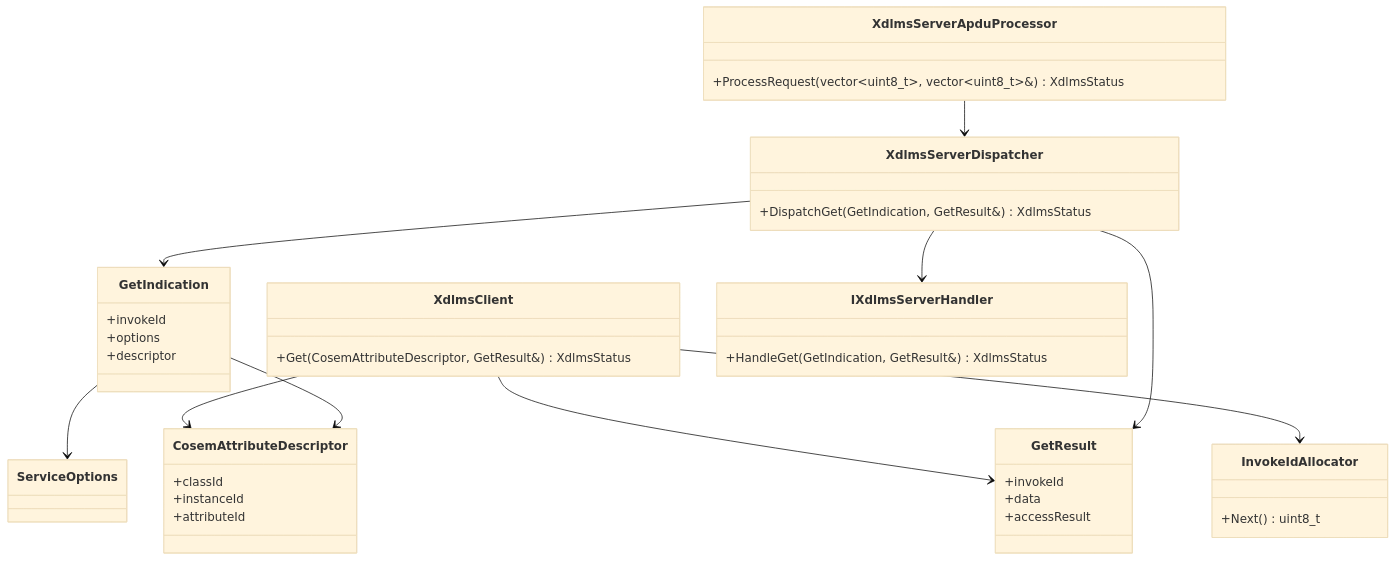
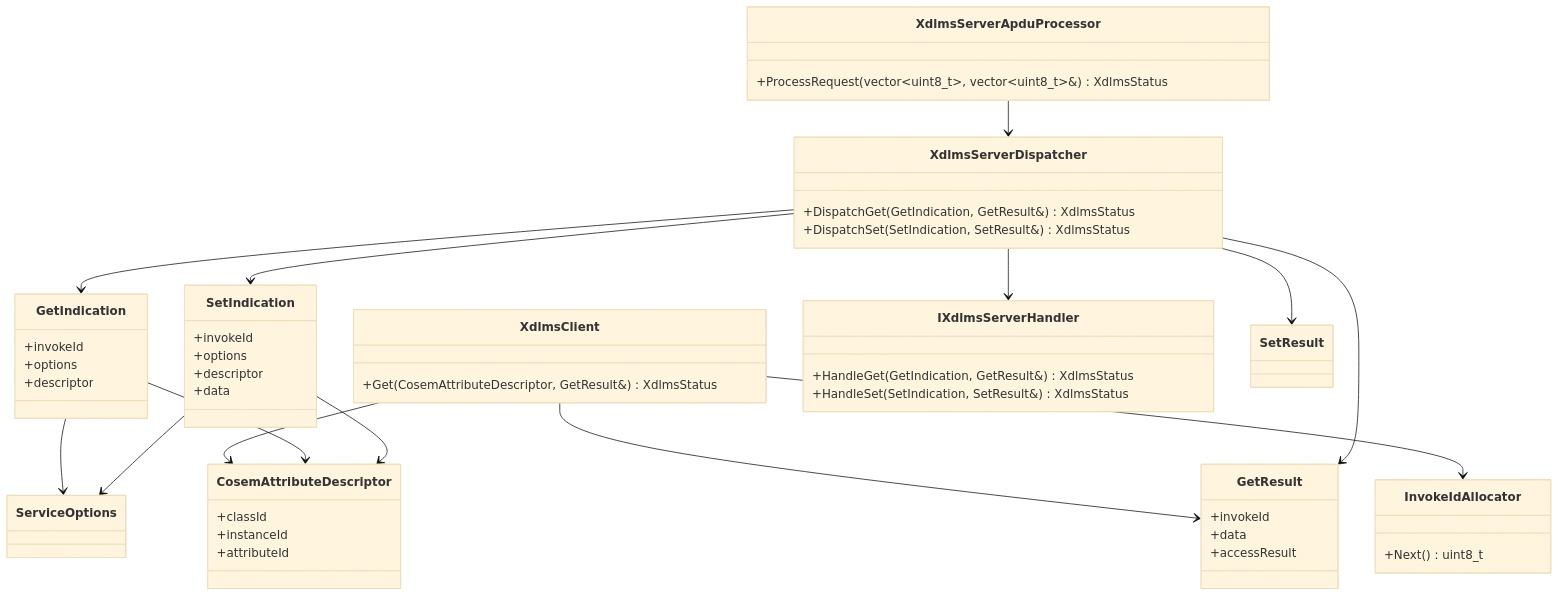
The diagram in docs/01_xdlms_api.md (gvtret/dlms-xdlms), drawn with Mermaid (base theme) before and after one commit. The commit also changed other lines of this file and 4 other files, not shown here.

First line of the commit message:
docs(xdlms): define server normal set boundary

````diff
--- a/docs/01_xdlms_api.md
+++ b/docs/01_xdlms_api.md
@@ -154,50 +188,63 @@
 ```mermaid
 classDiagram
   class XdlmsClient {
     +Get(CosemAttributeDescriptor, GetResult&) XdlmsStatus
   }
 
   class InvokeIdAllocator {
     +Next() uint8_t
   }
 
   class CosemAttributeDescriptor {
     +classId
     +instanceId
     +attributeId
   }
 
   class GetResult {
     +invokeId
     +data
     +accessResult
   }
 
   class GetIndication {
     +invokeId
     +options
     +descriptor
   }
 
+  class SetIndication {
+    +invokeId
+    +options
+    +descriptor
+    +data
+  }
+
   class IXdlmsServerHandler {
     +HandleGet(GetIndication, GetResult&) XdlmsStatus
+    +HandleSet(SetIndication, SetResult&) XdlmsStatus
   }
 
   class XdlmsServerDispatcher {
     +DispatchGet(GetIndication, GetResult&) XdlmsStatus
+    +DispatchSet(SetIndication, SetResult&) XdlmsStatus
   }
 
   class XdlmsServerApduProcessor {
     +ProcessRequest(vector~uint8_t~, vector~uint8_t~&) XdlmsStatus
   }
 
   XdlmsClient --> InvokeIdAllocator
   XdlmsClient --> CosemAttributeDescriptor
   XdlmsClient --> GetResult
   GetIndication --> ServiceOptions
   GetIndication --> CosemAttributeDescriptor
+  SetIndication --> ServiceOptions
+  SetIndication --> CosemAttributeDescriptor
   XdlmsServerDispatcher --> IXdlmsServerHandler
   XdlmsServerDispatcher --> GetIndication
   XdlmsServerDispatcher --> GetResult
+  XdlmsServerDispatcher --> SetIndication
+  XdlmsServerDispatcher --> SetResult
   XdlmsServerApduProcessor --> XdlmsServerDispatcher
 ```
````
